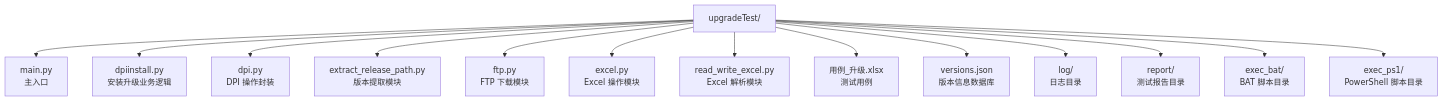
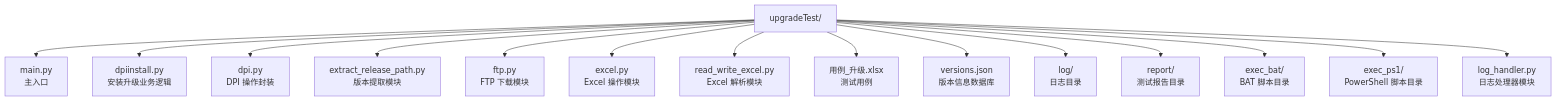
Before and after one commit to weihang1258/dpiAutoExcel: diagram 11 of 18 in 系统架构文档.md, drawn with Mermaid. The commit also changed other lines of this file and 1 other file, not shown here.

````diff
--- a/系统架构文档.md
+++ b/系统架构文档.md
@@ -360,16 +362,17 @@
 ```mermaid
 graph TD
     A[upgradeTest/] --> B[main.py<br/>主入口]
     A --> C[dpiinstall.py<br/>安装升级业务逻辑]
     A --> D[dpi.py<br/>DPI 操作封装]
     A --> E[extract_release_path.py<br/>版本提取模块]
     A --> F[ftp.py<br/>FTP 下载模块]
     A --> G[excel.py<br/>Excel 操作模块]
     A --> H[read_write_excel.py<br/>Excel 解析模块]
     A --> I[用例_升级.xlsx<br/>测试用例]
     A --> J[versions.json<br/>版本信息数据库]
     A --> K[log/<br/>日志目录]
     A --> L[report/<br/>测试报告目录]
     A --> M[exec_bat/<br/>BAT 脚本目录]
     A --> N[exec_ps1/<br/>PowerShell 脚本目录]
+    A --> O[log_handler.py<br/>日志处理器模块]
 ```
````
